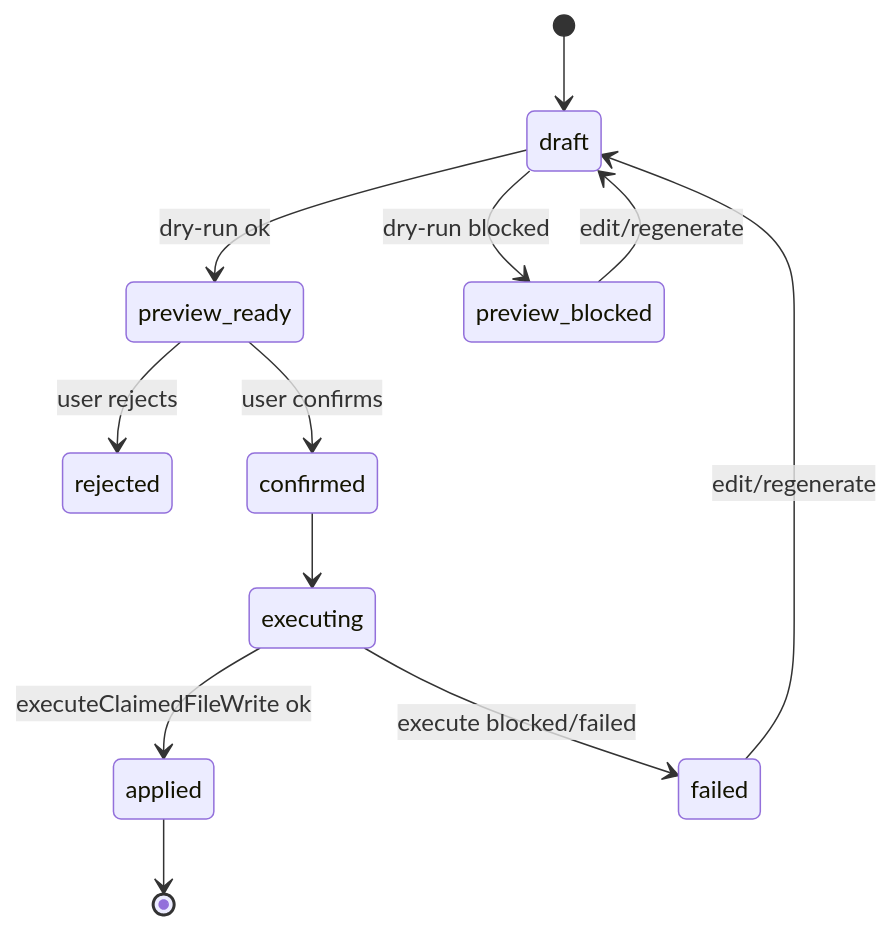
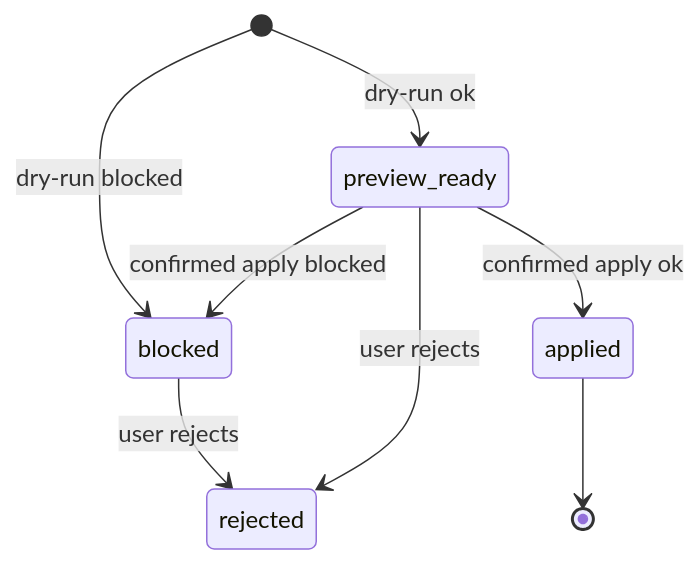
The second of 2 diagrams in docs/AGENT_TEAM_TECH_DESIGN.md (xutianliang77-create/chatbi), drawn with Mermaid before and after one commit. The commit also changed other lines of this file and 43 other files, not shown here.

````diff
--- a/docs/AGENT_TEAM_TECH_DESIGN.md
+++ b/docs/AGENT_TEAM_TECH_DESIGN.md
@@ -752,14 +748,10 @@
 ```mermaid
 stateDiagram-v2
-  [*] --> draft
-  draft --> preview_ready: dry-run ok
-  draft --> preview_blocked: dry-run blocked
-  preview_blocked --> draft: edit/regenerate
+  [*] --> preview_ready: dry-run ok
+  [*] --> blocked: dry-run blocked
+  blocked --> rejected: user rejects
   preview_ready --> rejected: user rejects
-  preview_ready --> confirmed: user confirms
-  confirmed --> executing
-  executing --> applied: executeClaimedFileWrite ok
-  executing --> failed: execute blocked/failed
-  failed --> draft: edit/regenerate
+  preview_ready --> applied: confirmed apply ok
+  preview_ready --> blocked: confirmed apply blocked
   applied --> [*]
 ```
````
